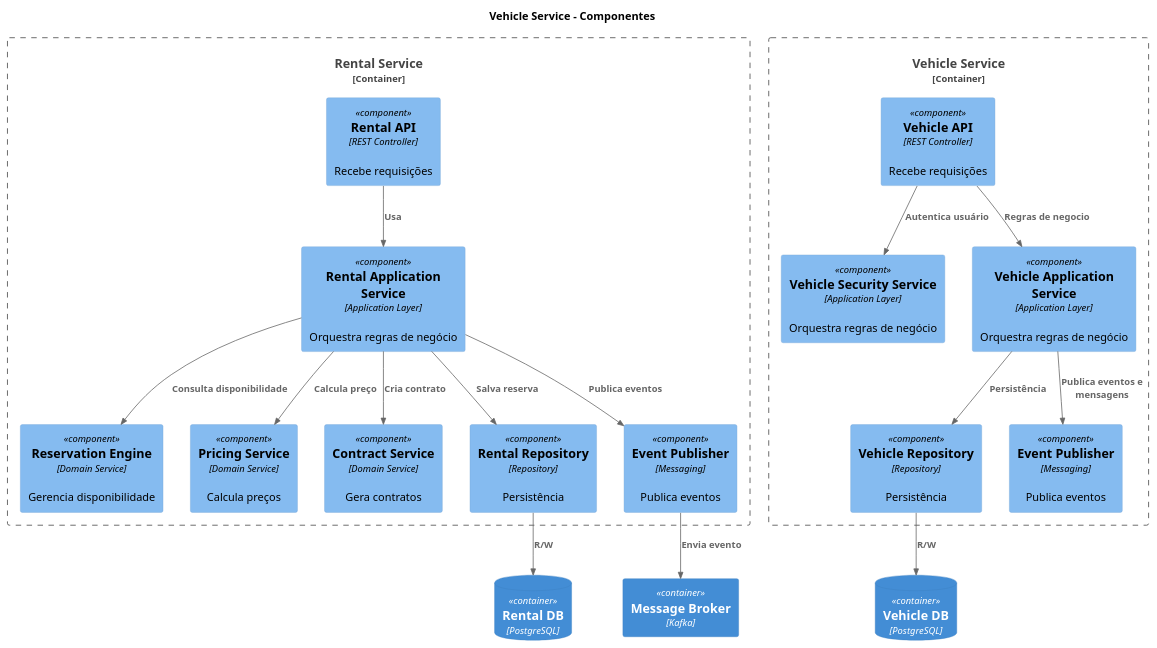
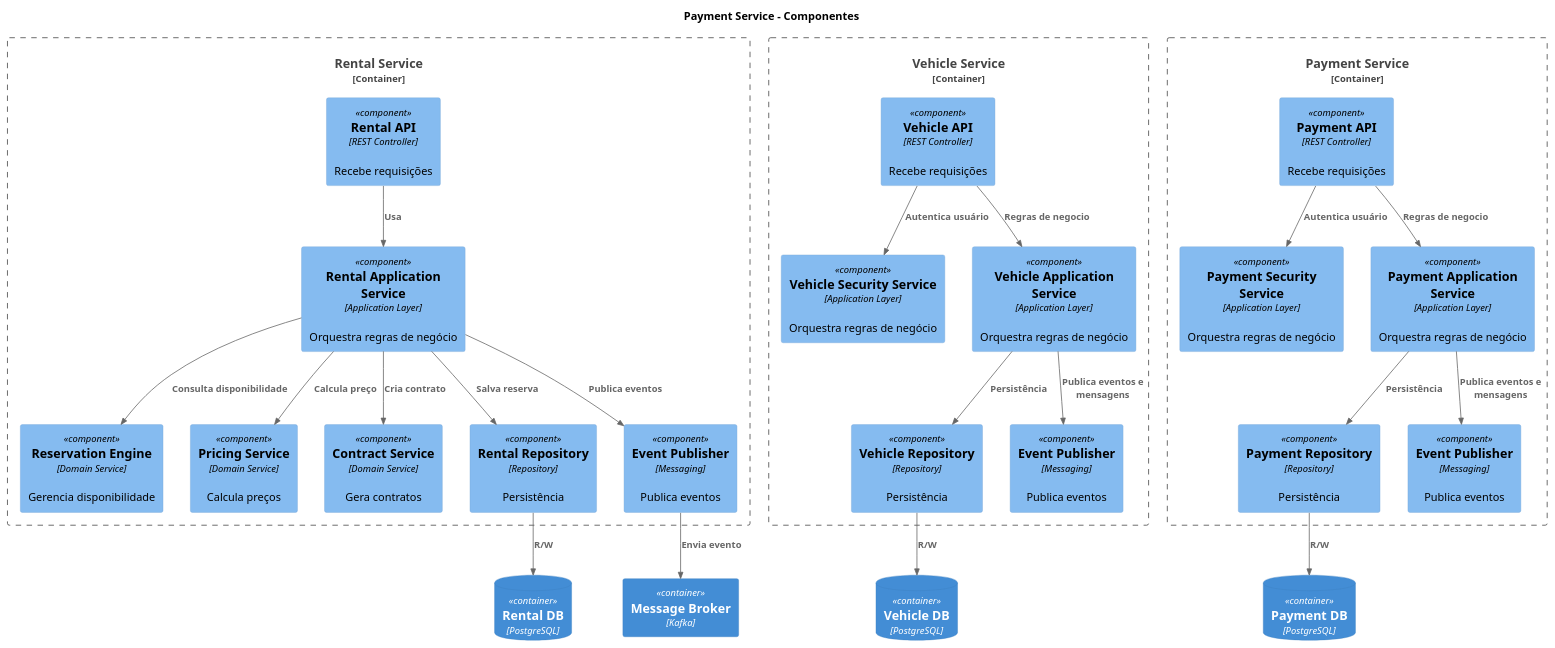
Before and after one commit to G4BR-13-L/c4-model-arquitetura-multiplataforma: the diagram in componente-level-3.plantuml, drawn with PlantUML. The commit also changed 1 other file, not shown here.

Commit message:
Ajustes nos diagramas 2 e 3

```diff
--- a/componente-level-3.plantuml
+++ b/componente-level-3.plantuml
@@ -1,71 +1,101 @@
 @startuml
 !include https://raw.githubusercontent.com/plantuml-stdlib/C4-PlantUML/master/C4_Component.puml
 
 title Rental Service - Componentes
 
 Container_Boundary(rental_service, "Rental Service") {
 
     Component(rental_api, "Rental API", "REST Controller", "Recebe requisições")
 
     Component(rental_application, "Rental Application Service", "Application Layer", "Orquestra regras de negócio")
 
     Component(reservation_engine, "Reservation Engine", "Domain Service", "Gerencia disponibilidade")
 
     Component(pricing_service, "Pricing Service", "Domain Service", "Calcula preços")
 
     Component(contract_service, "Contract Service", "Domain Service", "Gera contratos")
 
     Component(rental_repository, "Rental Repository", "Repository", "Persistência")
 
     Component(event_publisher, "Event Publisher", "Messaging", "Publica eventos")
 
 }
 
 ContainerDb(rental_db, "Rental DB", "PostgreSQL")
 
 Container(message_broker, "Message Broker", "Kafka")
 
 Rel(rental_api, rental_application, "Usa")
 
 Rel(rental_application, reservation_engine, "Consulta disponibilidade")
 Rel(rental_application, pricing_service, "Calcula preço")
 Rel(rental_application, contract_service, "Cria contrato")
 
 Rel(rental_application, rental_repository, "Salva reserva")
 
 Rel(rental_repository, rental_db, "R/W")
 
 Rel(rental_application, event_publisher, "Publica eventos")
 Rel(event_publisher, message_broker, "Envia evento")
 
 
 
 '' Veiculos
 
 title Vehicle Service - Componentes
 
 Container_Boundary(vehicle_service, "Vehicle Service") {
 
     Component(vehicle_api, "Vehicle API", "REST Controller", "Recebe requisições")
 
     Component(vehicle_security_service, "Vehicle Security Service", "Application Layer", "Orquestra regras de negócio")
     
     Component(vehicle_application, "Vehicle Application Service", "Application Layer", "Orquestra regras de negócio")
 
     Component(vehicle_repository, "Vehicle Repository", "Repository", "Persistência")
 
     Component(vehicle_event_publisher, "Event Publisher", "Messaging", "Publica eventos")
 
 }
 
 ContainerDb(vehicle_db, "Vehicle DB", "PostgreSQL")
 
 Container(message_broker, "Message Broker", "Kafka")
 
 Rel(vehicle_api, vehicle_security_service, "Autentica usuário")
 Rel(vehicle_api, vehicle_application, "Regras de negocio")
 Rel(vehicle_application, vehicle_repository, "Persistência")
 Rel(vehicle_application, vehicle_event_publisher, "Publica eventos e mensagens")
 
 Rel(vehicle_repository, vehicle_db, "R/W")
+
+
+'' Payment
+
+title Payment Service - Componentes
+
+Container_Boundary(payment_service, "Payment Service") {
+
+    Component(payment_api, "Payment API", "REST Controller", "Recebe requisições")
+
+    Component(payment_security_service, "Payment Security Service", "Application Layer", "Orquestra regras de negócio")
+    
+    Component(payment_application, "Payment Application Service", "Application Layer", "Orquestra regras de negócio")
+
+    Component(payment_repository, "Payment Repository", "Repository", "Persistência")
+
+    Component(payment_event_publisher, "Event Publisher", "Messaging", "Publica eventos")
+
+}
+
+ContainerDb(payment_db, "Payment DB", "PostgreSQL")
+
+Container(message_broker, "Message Broker", "Kafka")
+
+Rel(payment_api, payment_security_service, "Autentica usuário")
+Rel(payment_api, payment_application, "Regras de negocio")
+Rel(payment_application, payment_repository, "Persistência")
+Rel(payment_application, payment_event_publisher, "Publica eventos e mensagens")
+
+Rel(payment_repository, payment_db, "R/W")
 @enduml
```
